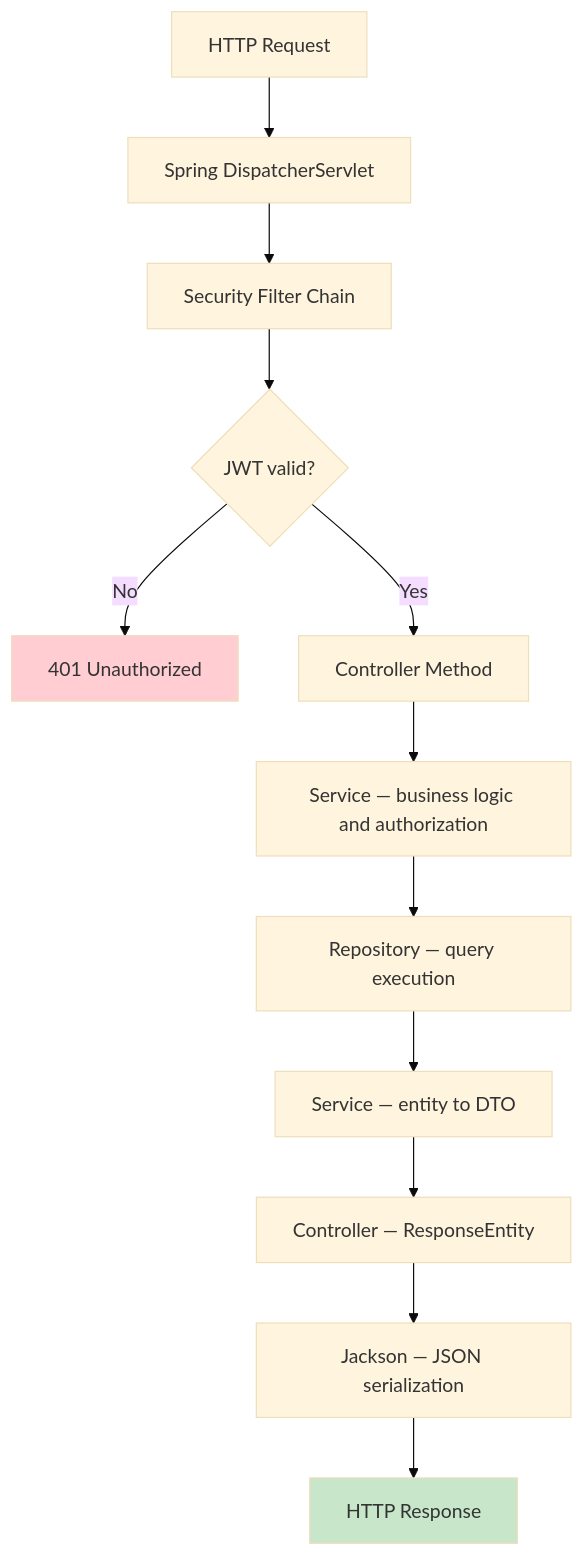
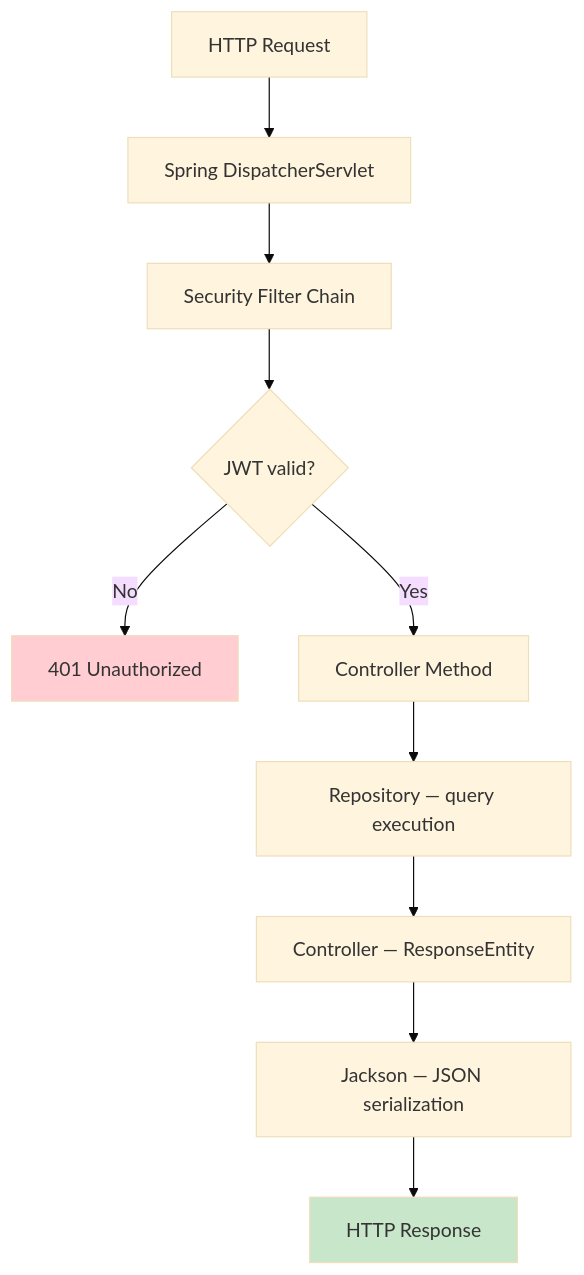
One commit to Keglev/stockease changed the second of 2 diagrams in docs/architecture/system/backend.md. Above: the diagram before and after it, drawn with Mermaid (base theme). The commit also changed other lines of this file and 63 other files, not shown here.

````diff
--- a/docs/architecture/system/backend.md
+++ b/docs/architecture/system/backend.md
@@ -45,17 +42,14 @@
 ```mermaid
 graph TD
     A[HTTP Request] --> B[Spring DispatcherServlet]
     B --> C[Security Filter Chain]
     C --> D{JWT valid?}
     D -->|No| X[401 Unauthorized]
     D -->|Yes| E[Controller Method]
-    E --> F[Service — business logic and authorization]
-    F --> G[Repository — query execution]
-    G --> H[Service — entity to DTO]
-    H --> I[Controller — ResponseEntity]
-    I --> J[Jackson — JSON serialization]
-    J --> K[HTTP Response]
-
+    E --> F[Repository — query execution]
+    F --> G[Controller — ResponseEntity]
+    G --> H[Jackson — JSON serialization]
+    H --> I[HTTP Response]
     style X fill:#ffcdd2
-    style K fill:#c8e6c9
+    style I fill:#c8e6c9
 ```
````
